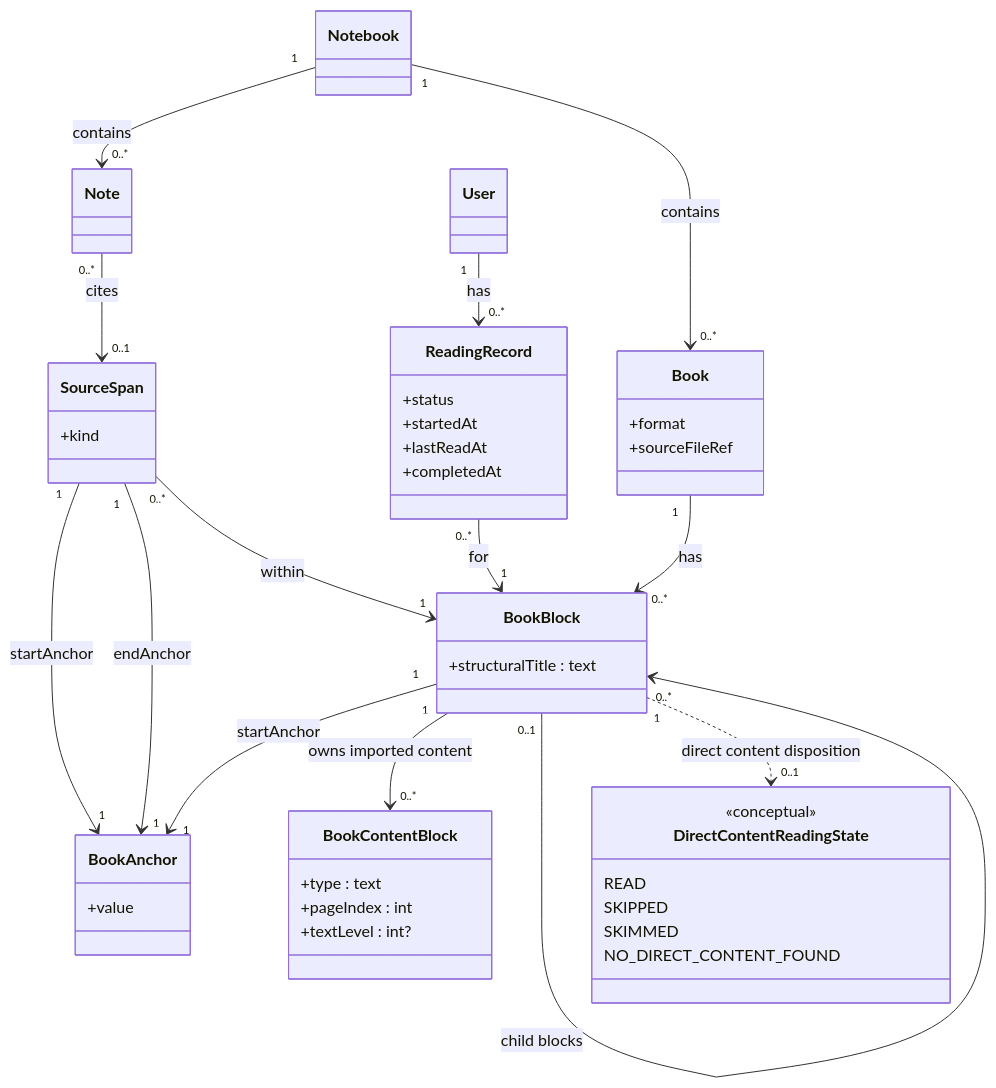
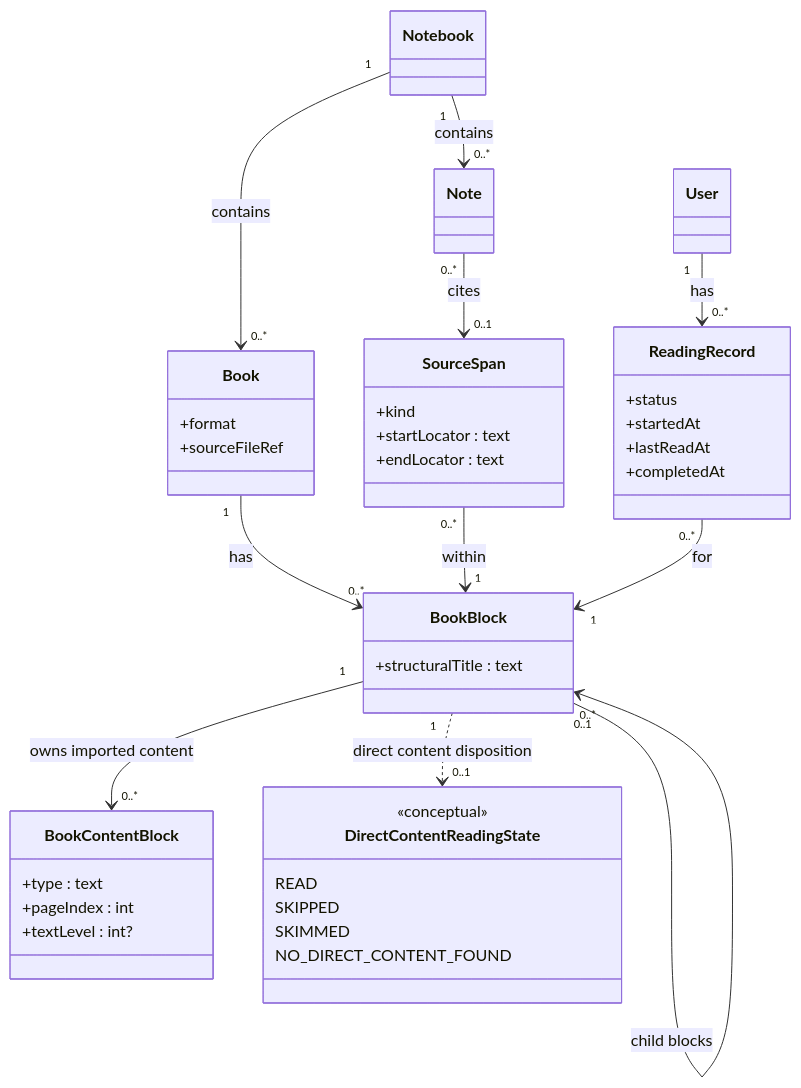
Before and after one commit to nerds-odd-e/doughnut: the diagram in ongoing/doughnut-book-reading-architecture-roadmap.md, drawn with Mermaid. The commit also changed other lines of this file and 7 other files, not shown here.

First line of the commit message:
Update layout handling and documentation for BookBlock structure

````diff
--- a/ongoing/doughnut-book-reading-architecture-roadmap.md
+++ b/ongoing/doughnut-book-reading-architecture-roadmap.md
@@ -33,68 +33,63 @@
 ```mermaid
 classDiagram
     class Notebook {
     }
 
     class Book {
       +format
       +sourceFileRef
     }
 
     class Note {
     }
 
     class BookBlock {
       +structuralTitle : text
     }
 
     class BookContentBlock {
       +type : text
       +pageIndex : int
       +textLevel : int?
     }
 
     class DirectContentReadingState {
       <<conceptual>>
       READ
       SKIPPED
       SKIMMED
       NO_DIRECT_CONTENT_FOUND
     }
 
-    class BookAnchor {
-      +value
-    }
-
     class SourceSpan {
       +kind
+      +startLocator : text
+      +endLocator : text
     }
 
     class User {
     }
 
     class ReadingRecord {
       +status
       +startedAt
       +lastReadAt
       +completedAt
     }
 
     Notebook "1" --> "0..*" Note : contains
     Notebook "1" --> "0..*" Book : contains
 
     Book "1" --> "0..*" BookBlock : has
-    BookBlock "1" --> "1" BookAnchor : startAnchor
     BookBlock "1" --> "0..*" BookContentBlock : owns imported content
 
     BookBlock "0..1" --> "0..*" BookBlock : child blocks
 
     BookBlock "1" ..> "0..1" DirectContentReadingState : direct content disposition
 
     Note "0..*" --> "0..1" SourceSpan : cites
-    SourceSpan "1" --> "1" BookAnchor : startAnchor
-    SourceSpan "1" --> "1" BookAnchor : endAnchor
     SourceSpan "0..*" --> "1" BookBlock : within
 
     User "1" --> "0..*" ReadingRecord : has
     ReadingRecord "0..*" --> "1" BookBlock : for
 ```
````
